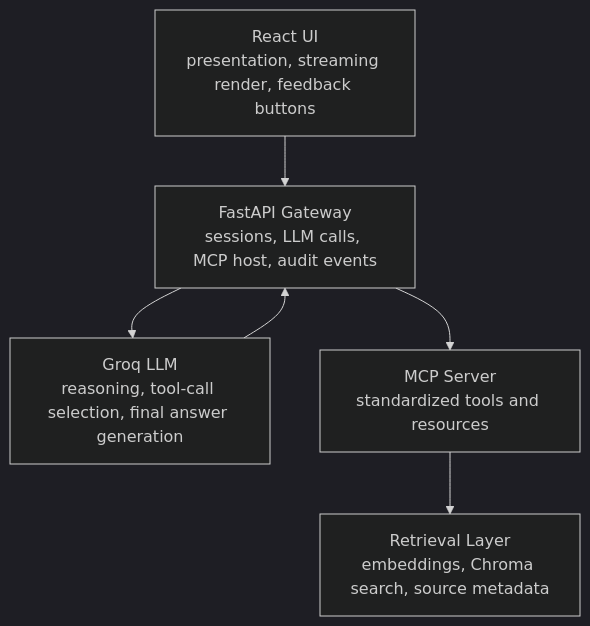
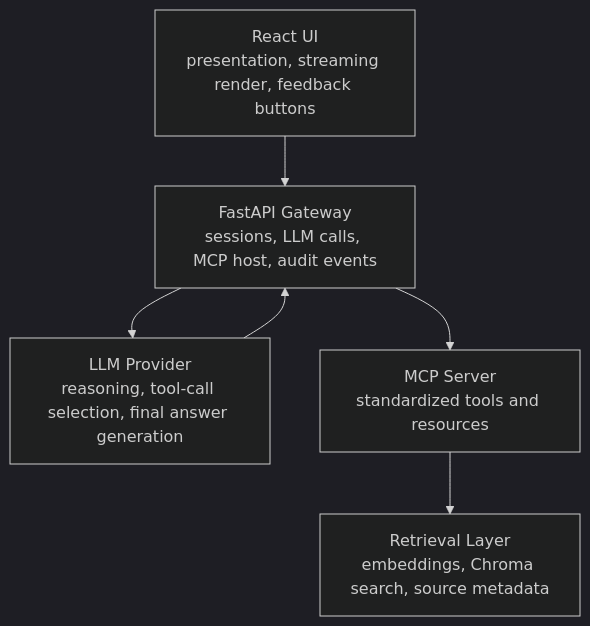
The fourth of 4 diagrams in docs/DIAGRAMS.md (katrevula/enterprise-knowledge-copilot), drawn with Mermaid (dark theme) before and after one commit. The commit also changed other lines of this file and 18 other files, not shown here.

````diff
--- a/docs/DIAGRAMS.md
+++ b/docs/DIAGRAMS.md
@@ -78,14 +78,14 @@
 ```mermaid
 flowchart TD
     ui["React UI<br/>presentation, streaming render, feedback buttons"]
     api["FastAPI Gateway<br/>sessions, LLM calls, MCP host, audit events"]
-    llm["Groq LLM<br/>reasoning, tool-call selection, final answer generation"]
+    llm["LLM Provider<br/>reasoning, tool-call selection, final answer generation"]
     mcp["MCP Server<br/>standardized tools and resources"]
     retrieval["Retrieval Layer<br/>embeddings, Chroma search, source metadata"]
 
     ui --> api
     api --> llm
     llm --> api
     api --> mcp
     mcp --> retrieval
 ```
````
